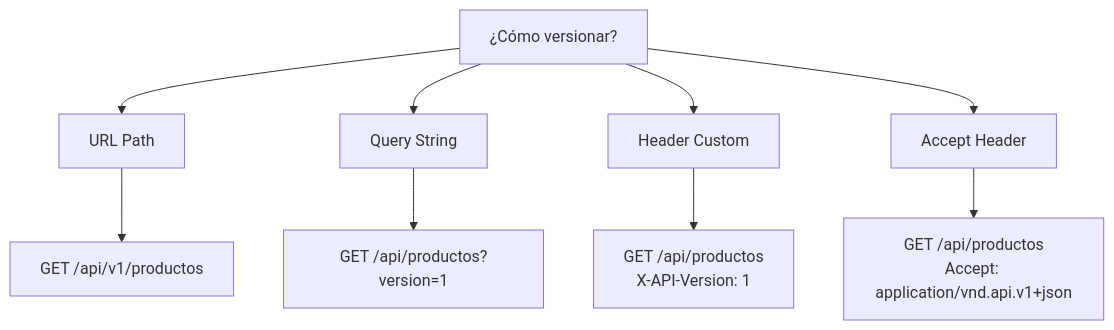
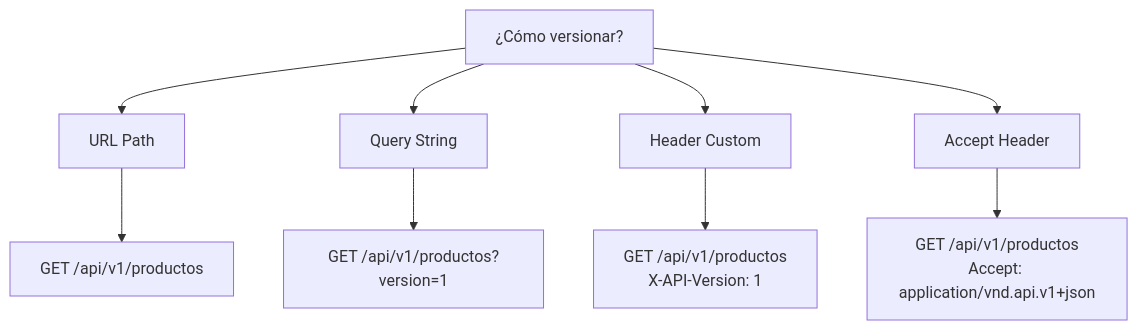
The second of 5 diagrams in doc/06-rest-best-practices.md (joseluisgs/TiendaDawApi-NetCore), drawn with Mermaid before and after one commit. The commit also changed other lines of this file and 237 other files, not shown here.

````diff
--- a/doc/06-rest-best-practices.md
+++ b/doc/06-rest-best-practices.md
@@ -67,12 +67,12 @@
 ```mermaid
 flowchart TD
     A["¿Cómo versionar?"] --> B["URL Path"]
     A --> C["Query String"]
     A --> D["Header Custom"]
     A --> E["Accept Header"]
     
     B --> B1["GET /api/v1/productos"]
-    C --> C1["GET /api/productos?version=1"]
-    D --> D1["GET /api/productos<br/>X-API-Version: 1"]
-    E --> E1["GET /api/productos<br/>Accept: application/vnd.api.v1+json"]
+    C --> C1["GET /api/v1/productos?version=1"]
+    D --> D1["GET /api/v1/productos<br/>X-API-Version: 1"]
+    E --> E1["GET /api/v1/productos<br/>Accept: application/vnd.api.v1+json"]
 ```
````
